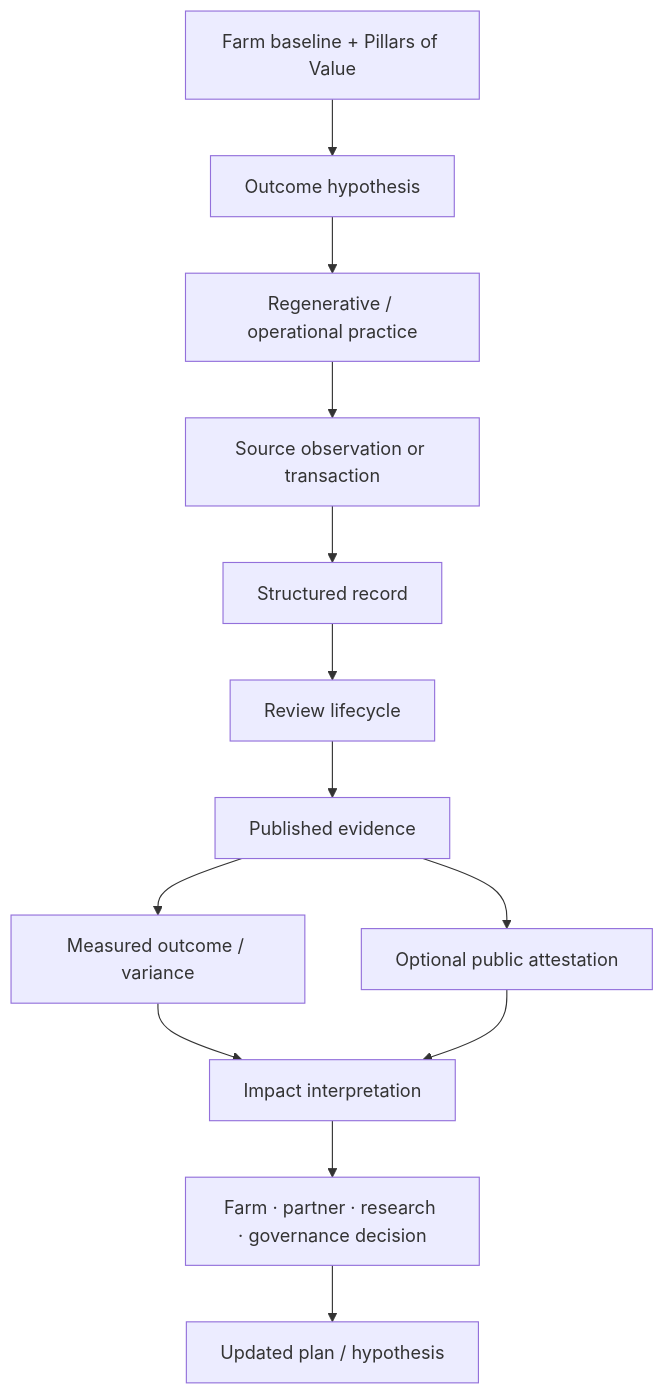
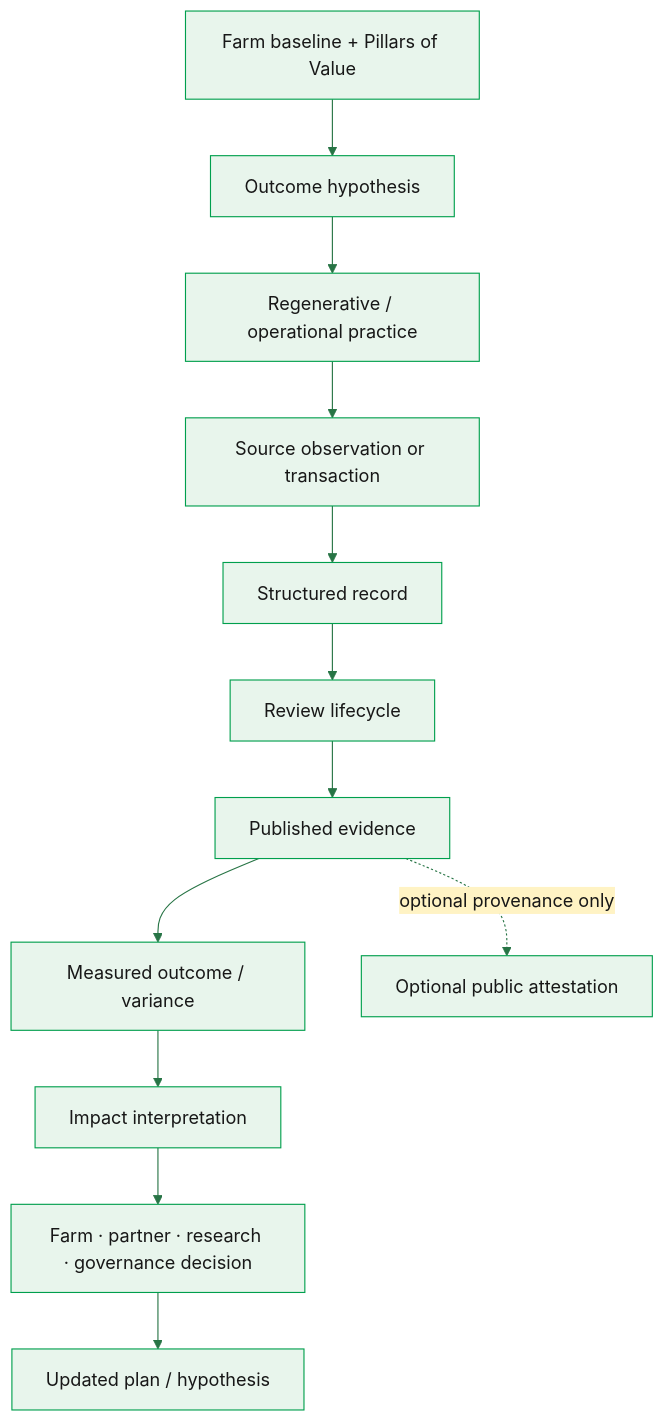
Before and after one commit to wasalo/Kokonut-Public-Site: the second of 3 diagrams in kokonut-framework/framework-components/framework-features/methodology-positive-impact.mdx, drawn with Mermaid. The commit also changed other lines of this file and 9 other files, not shown here.

Commit message:
style(mermaid): align capital, regenerative practice, SDG and farm case-study diagrams

````diff
--- a/kokonut-framework/framework-components/framework-features/methodology-positive-impact.mdx
+++ b/kokonut-framework/framework-components/framework-features/methodology-positive-impact.mdx
@@ -107,16 +108,17 @@
 ```mermaid
+%%{init: {"theme":"base","themeVariables":{"primaryColor":"#e8f5ec","primaryTextColor":"#171717","primaryBorderColor":"#009F4D","secondaryColor":"#fff3c4","tertiaryColor":"#ffffff","lineColor":"#277445","fontFamily":"Inter, Arial, sans-serif"}}}%%
 flowchart TD
     A["Farm baseline + Pillars of Value"] --> B["Outcome hypothesis"]
     B --> C["Regenerative / operational practice"]
     C --> D["Source observation or transaction"]
     D --> E["Structured record"]
     E --> F["Review lifecycle"]
     F --> G["Published evidence"]
     G --> H["Measured outcome / variance"]
     H --> I["Impact interpretation"]
     I --> J["Farm · partner · research · governance decision"]
     J --> K["Updated plan / hypothesis"]
 
-    G --> L["Optional public attestation"]
-    L --> I
+    G -.->|"optional provenance only"| L["Optional public attestation"]
+    %% Attestation alone does not establish positive impact.
 ```
````
